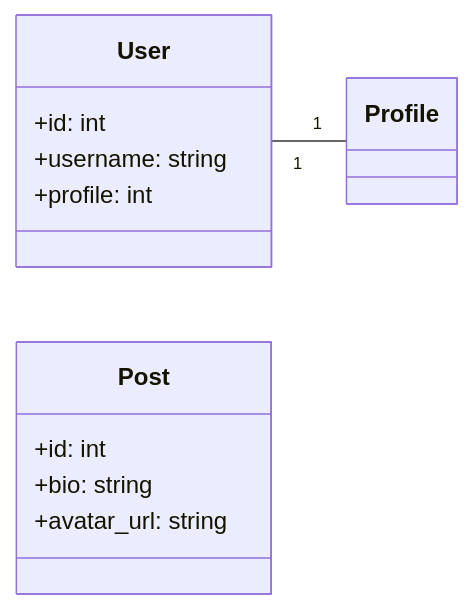
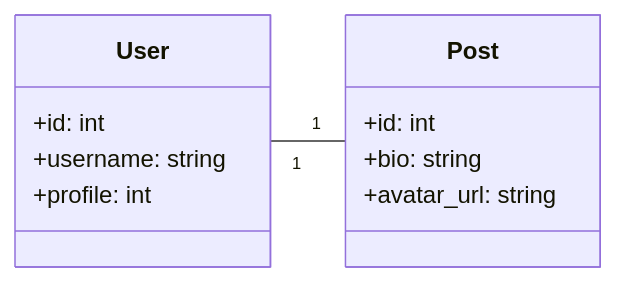
The second of 4 diagrams in docs/developer/design_guidelines.md (Better-HPC/keystone-api), drawn with Mermaid before and after one commit.

Commit message:
Fixes typo in mermaid diagram

````diff
--- a/docs/developer/design_guidelines.md
+++ b/docs/developer/design_guidelines.md
@@ -72,15 +72,15 @@
     ```mermaid
     classDiagram
         direction LR
-        User "1" -- "1" Profile
+        User "1" -- "1" Post
         class User {
             +id: int
             +username: string
             +profile: int
         }
         class Post {
             +id: int
             +bio: string
             +avatar_url: string
         }
     ```
````
